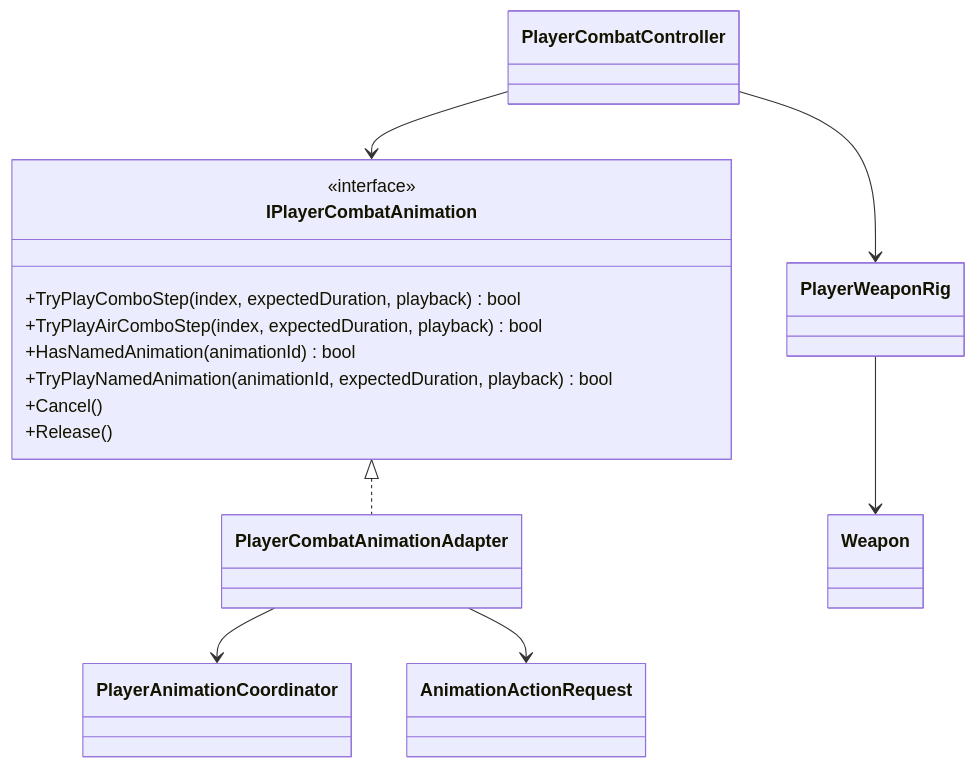
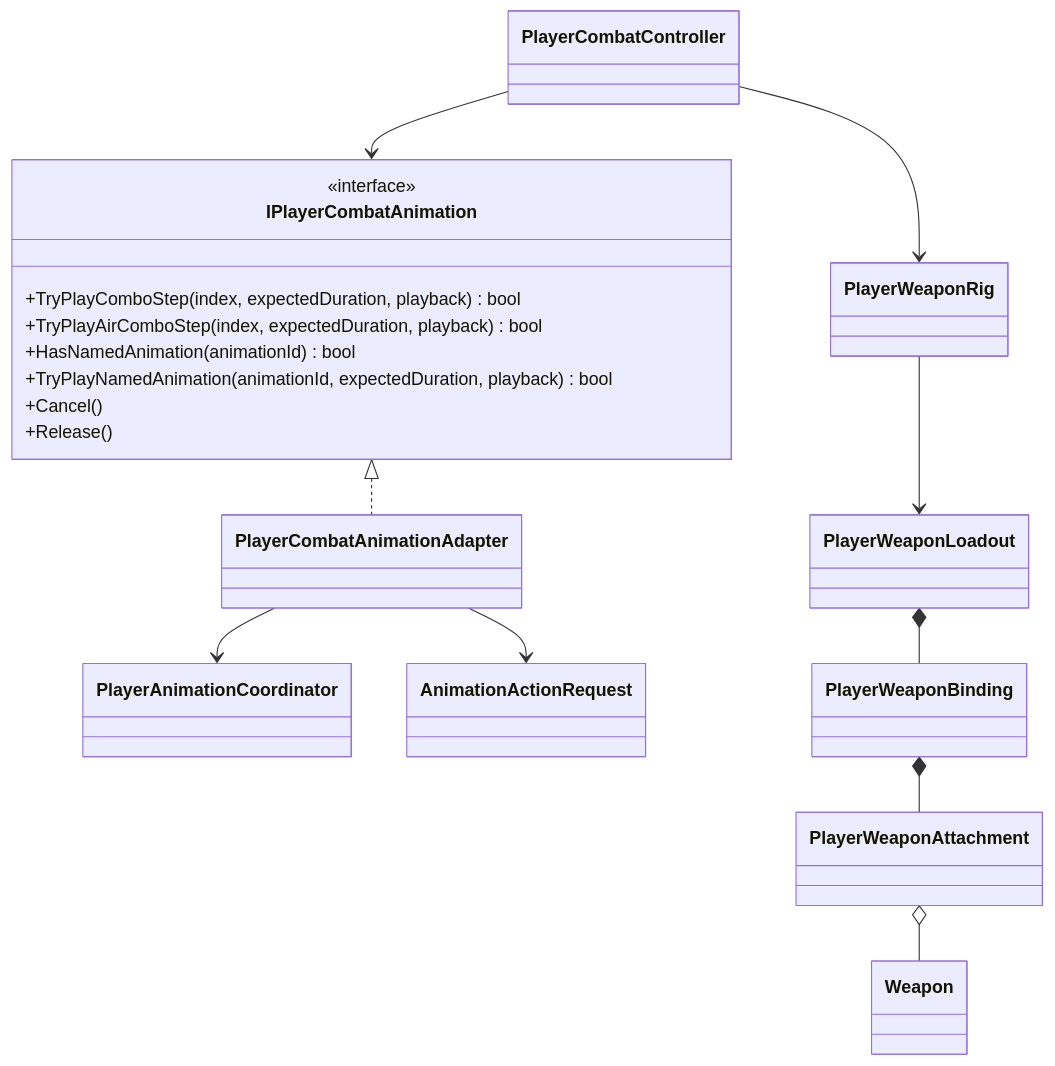
Before and after one commit to MaximFonariuc/project-s: the diagram in Assets/_App/Core/Runtime/Combat/Player/README.md, drawn with Mermaid. The commit also changed other lines of this file and 12 other files, not shown here.

Commit message:
feat(combat): author dual sword weapon loadout

````diff
--- a/Assets/_App/Core/Runtime/Combat/Player/README.md
+++ b/Assets/_App/Core/Runtime/Combat/Player/README.md
@@ -6,25 +6,31 @@
 ```mermaid
 classDiagram
     class PlayerCombatController
     class IPlayerCombatAnimation {
         <<interface>>
         +TryPlayComboStep(index, expectedDuration, playback) bool
         +TryPlayAirComboStep(index, expectedDuration, playback) bool
         +HasNamedAnimation(animationId) bool
         +TryPlayNamedAnimation(animationId, expectedDuration, playback) bool
         +Cancel()
         +Release()
     }
     class PlayerCombatAnimationAdapter
     class PlayerAnimationCoordinator
     class AnimationActionRequest
     class PlayerWeaponRig
+    class PlayerWeaponLoadout
+    class PlayerWeaponBinding
+    class PlayerWeaponAttachment
     class Weapon
 
     PlayerCombatController --> IPlayerCombatAnimation
     IPlayerCombatAnimation <|.. PlayerCombatAnimationAdapter
     PlayerCombatAnimationAdapter --> PlayerAnimationCoordinator
     PlayerCombatAnimationAdapter --> AnimationActionRequest
     PlayerCombatController --> PlayerWeaponRig
-    PlayerWeaponRig --> Weapon
+    PlayerWeaponRig --> PlayerWeaponLoadout
+    PlayerWeaponLoadout *-- PlayerWeaponBinding
+    PlayerWeaponBinding *-- PlayerWeaponAttachment
+    PlayerWeaponAttachment o-- Weapon
 ```
````
